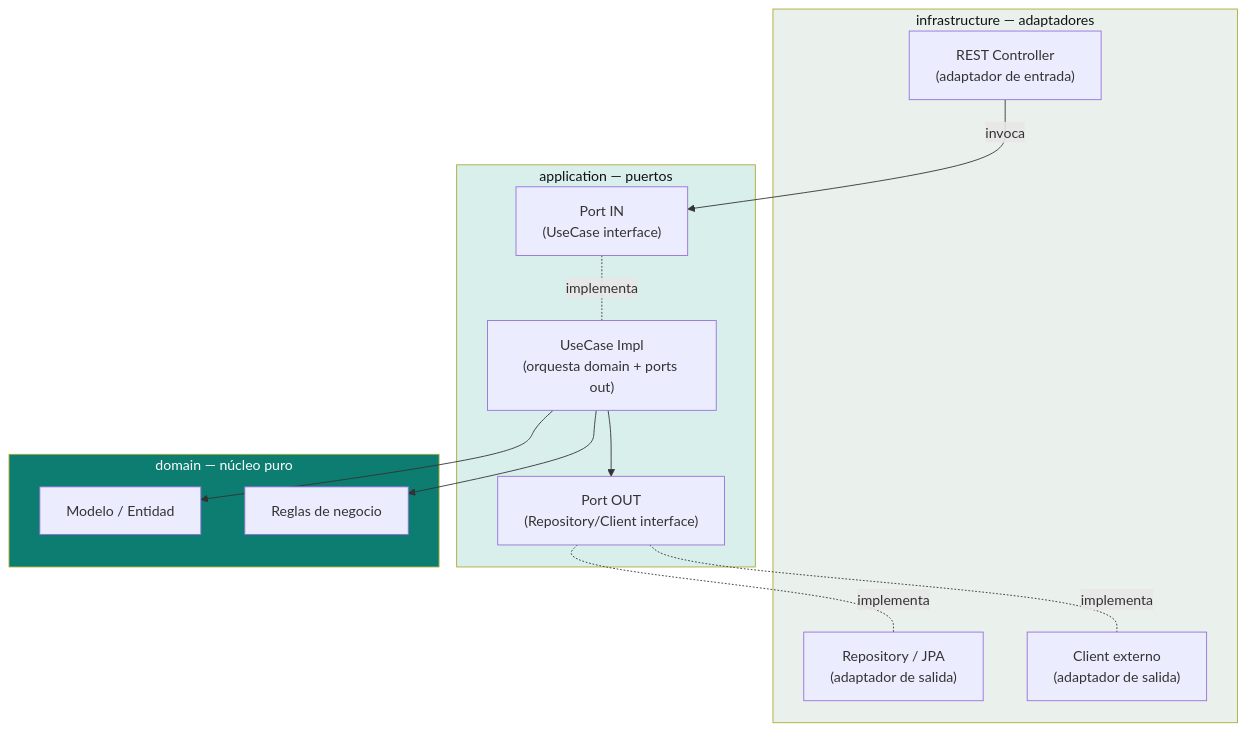
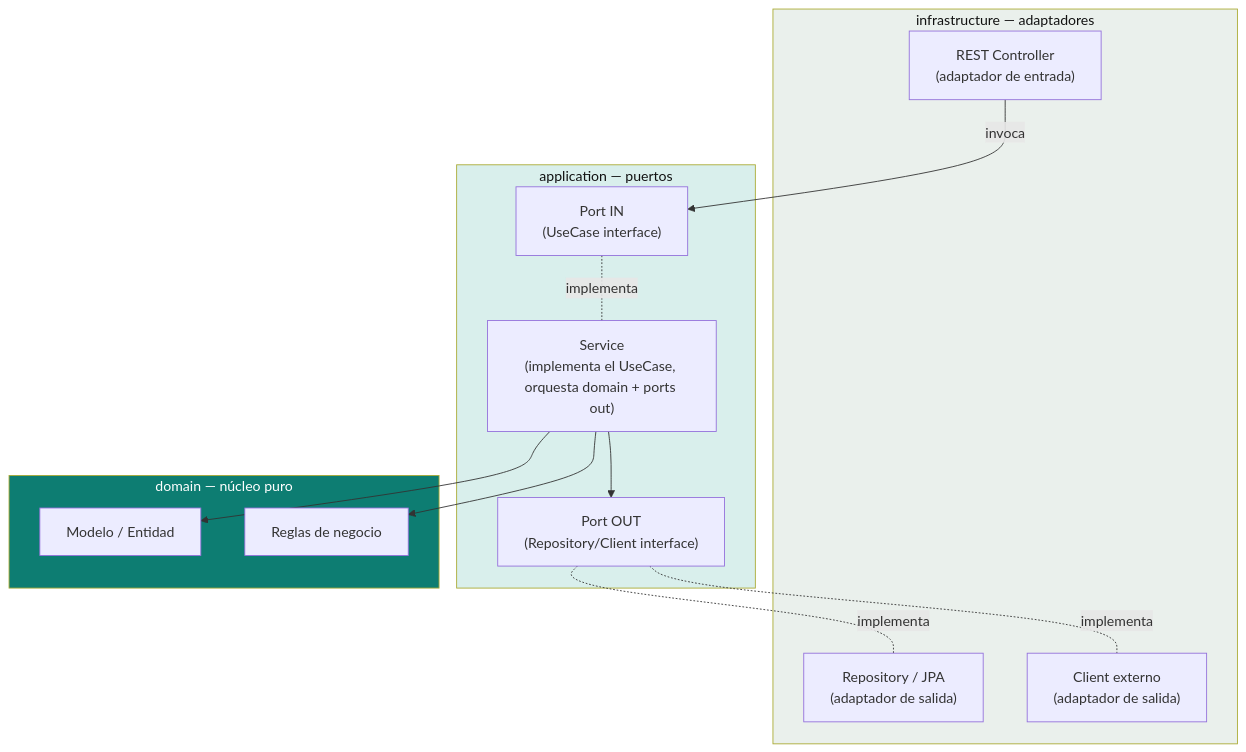
The diagram in software-architectures/hexagonal-architecture.md (edzamo/software-engineering), drawn with Mermaid before and after one commit. The commit also changed other lines of this file and 15 other files, not shown here.

````diff
--- a/software-architectures/hexagonal-architecture.md
+++ b/software-architectures/hexagonal-architecture.md
@@ -9,31 +9,31 @@
 ```mermaid
 graph TB
     subgraph infra[" infrastructure — adaptadores "]
         rest["REST Controller<br/>(adaptador de entrada)"]
         persistence["Repository / JPA<br/>(adaptador de salida)"]
         client["Client externo<br/>(adaptador de salida)"]
     end
 
     subgraph app[" application — puertos "]
         portIn["Port IN<br/>(UseCase interface)"]
-        usecase["UseCase Impl<br/>(orquesta domain + ports out)"]
+        usecase["Service<br/>(implementa el UseCase, orquesta domain + ports out)"]
         portOut["Port OUT<br/>(Repository/Client interface)"]
     end
 
     subgraph dom[" domain — núcleo puro "]
         model["Modelo / Entidad"]
         service["Reglas de negocio"]
     end
 
     rest -->|invoca| portIn
     portIn -.implementa.- usecase
     usecase --> model
     usecase --> service
     usecase --> portOut
     portOut -.implementa.- persistence
     portOut -.implementa.- client
 
     style dom fill:#0d7d72,color:#fff
     style app fill:#d9efec,color:#111
     style infra fill:#eaf0ec,color:#111
 ```
````
